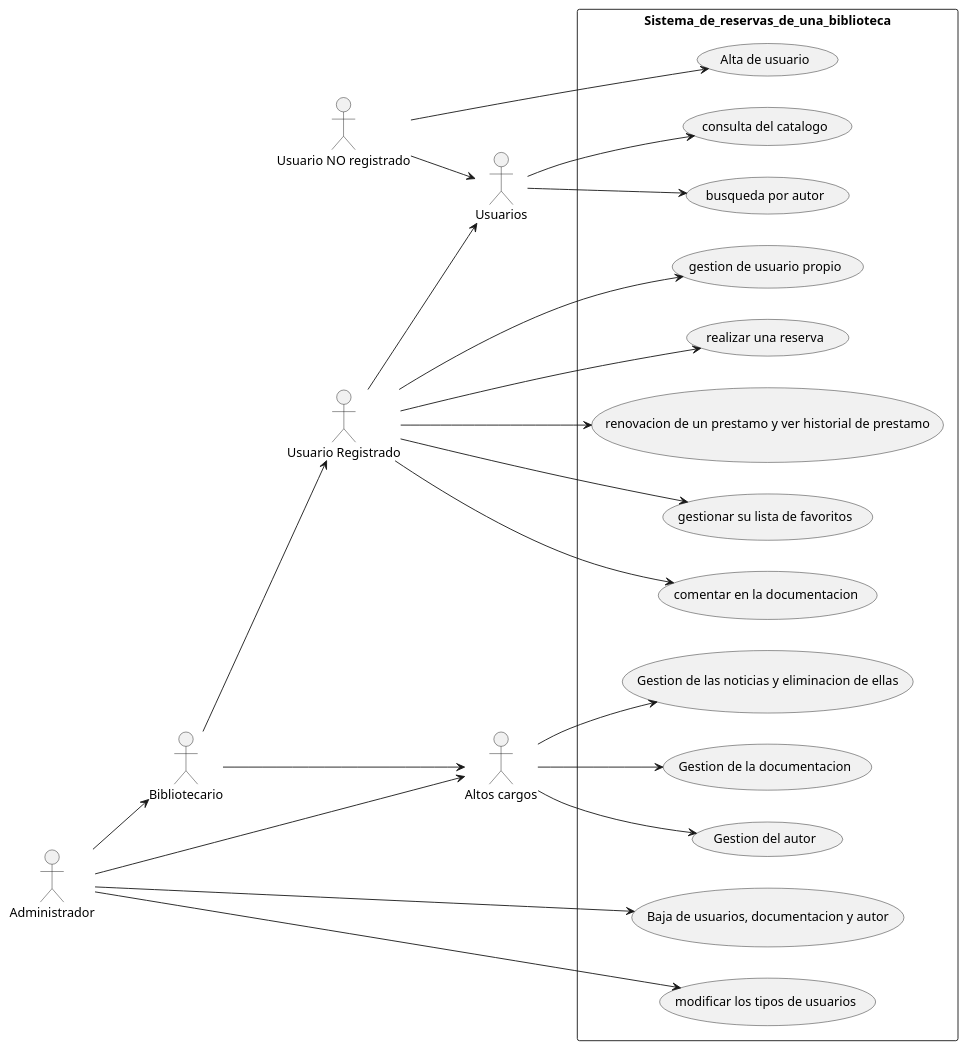
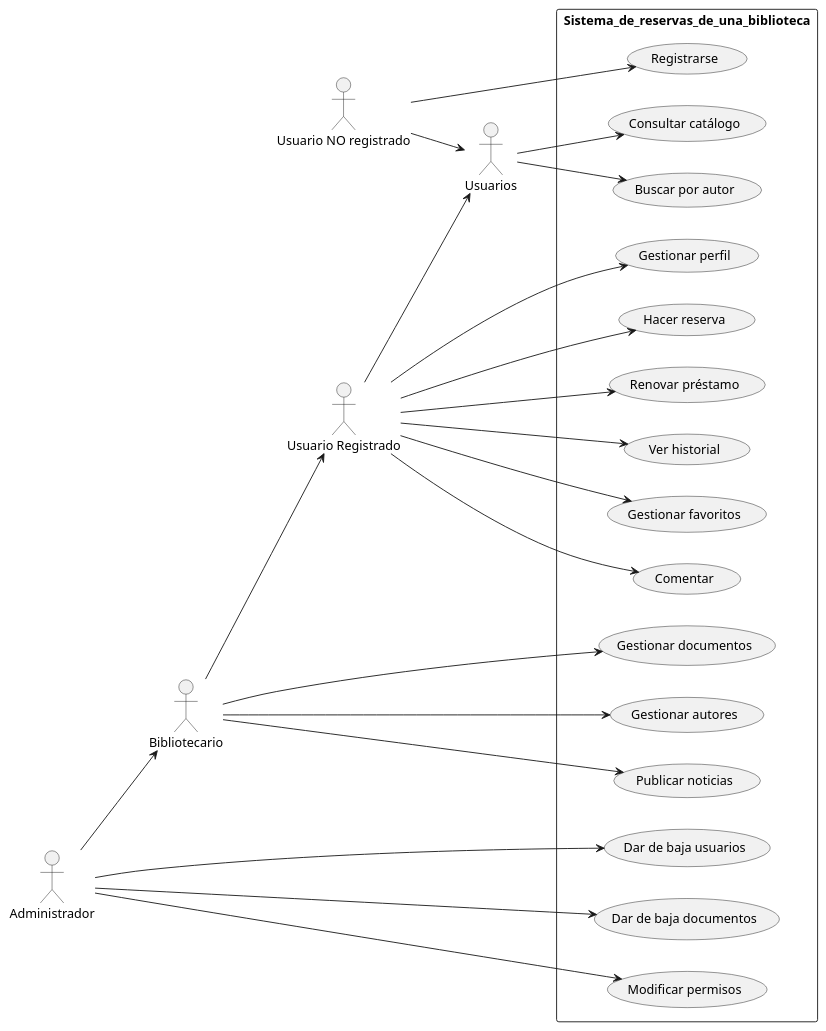
The diagram in src/main/kotlin/uml/DiagramaCasosDeUso.puml (williamG7/RecuperacionRa5-Ra6), drawn with PlantUML before and after one commit.

```diff
--- a/src/main/kotlin/uml/DiagramaCasosDeUso.puml
+++ b/src/main/kotlin/uml/DiagramaCasosDeUso.puml
@@ -1,39 +1,38 @@
 @startuml
 'https://plantuml.com/use-case-diagram
 
 left to right direction
 
 :Usuarios: as user
 :Usuario NO registrado: as NO
 :Usuario Registrado: as regist
 :Bibliotecario: as biblio
 :Administrador: as admin
-:Altos cargos: as upp
 
 NO --> user
 regist --> user
 biblio --> regist
 admin --> biblio
-biblio --> upp
-admin --> upp
 
 rectangle Sistema_de_reservas_de_una_biblioteca {
-    user --> (consulta del catalogo)
-    user --> (busqueda por autor)
+    user --> (Consultar catálogo)
+    user --> (Buscar por autor)
 
-    NO --> (Alta de usuario)
+    NO --> (Registrarse)
 
-    regist --> (gestion de usuario propio)
-    regist --> (realizar una reserva)
-    regist --> (renovacion de un prestamo y ver historial de prestamo)
-    regist --> (gestionar su lista de favoritos)
-    regist --> (comentar en la documentacion)
+    regist --> (Gestionar perfil)
+    regist --> (Hacer reserva)
+    regist --> (Renovar préstamo)
+    regist --> (Ver historial)
+    regist --> (Gestionar favoritos)
+    regist --> (Comentar)
 
-    upp --> (Gestion de la documentacion)
-    upp --> (Gestion del autor)
-    upp --> (Gestion de las noticias y eliminacion de ellas)
+    biblio --> (Gestionar documentos)
+    biblio --> (Gestionar autores)
+    biblio --> (Publicar noticias)
 
-    admin --> (Baja de usuarios, documentacion y autor)
-    admin --> (modificar los tipos de usuarios)
+    admin --> (Dar de baja usuarios)
+    admin --> (Dar de baja documentos)
+    admin --> (Modificar permisos)
 }
 @enduml
```
